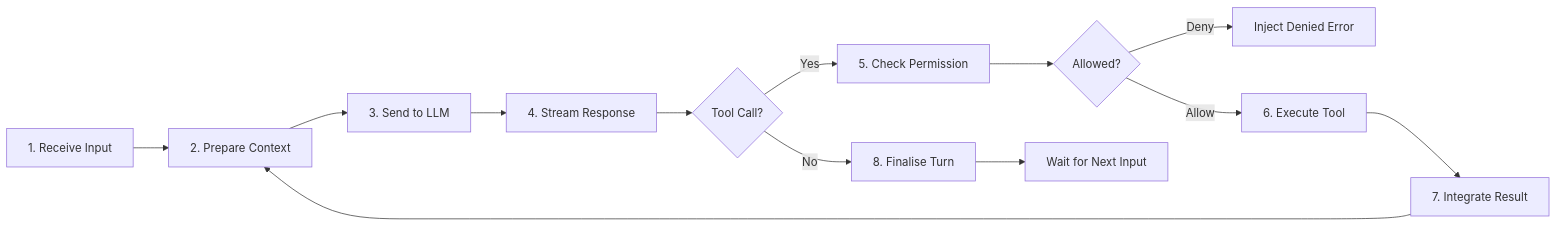
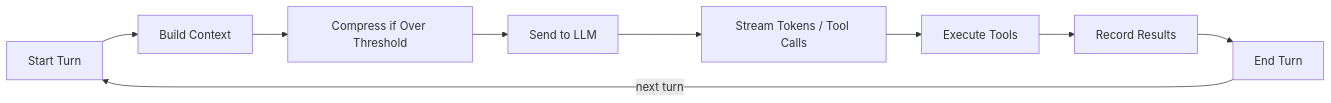
Before and after one commit to thawkins/ragent: the seventh of 16 diagrams in SPEC.md, drawn with Mermaid. The commit also changed other lines of this file and 91 other files, not shown here.

````diff
--- a/SPEC.md
+++ b/SPEC.md
@@ -876,15 +679,11 @@
 ```mermaid
 graph LR
-    A[1. Receive Input] --> B[2. Prepare Context]
-    B --> C[3. Send to LLM]
-    C --> D[4. Stream Response]
-    D --> E{Tool Call?}
-    E -- Yes --> F[5. Check Permission]
-    F --> G{Allowed?}
-    G -- Deny --> H[Inject Denied Error]
-    G -- Allow --> I[6. Execute Tool]
-    I --> J[7. Integrate Result]
-    J --> B
-    E -- No --> K[8. Finalise Turn]
-    K --> L[Wait for Next Input]
+    A[Start Turn] --> B[Build Context]
+    B --> C[Compress if Over Threshold]
+    C --> D[Send to LLM]
+    D --> E[Stream Tokens / Tool Calls]
+    E --> F[Execute Tools]
+    F --> G[Record Results]
+    G --> H[End Turn]
+    H -->|next turn| A
 ```
````
